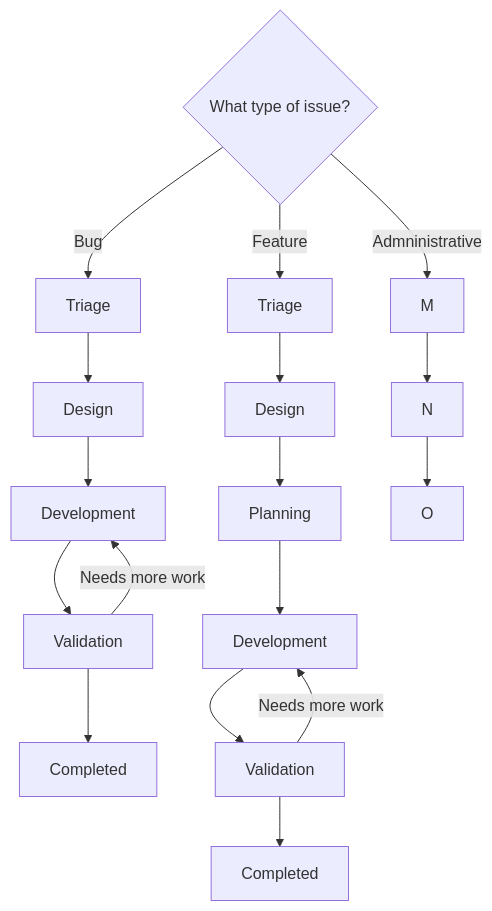
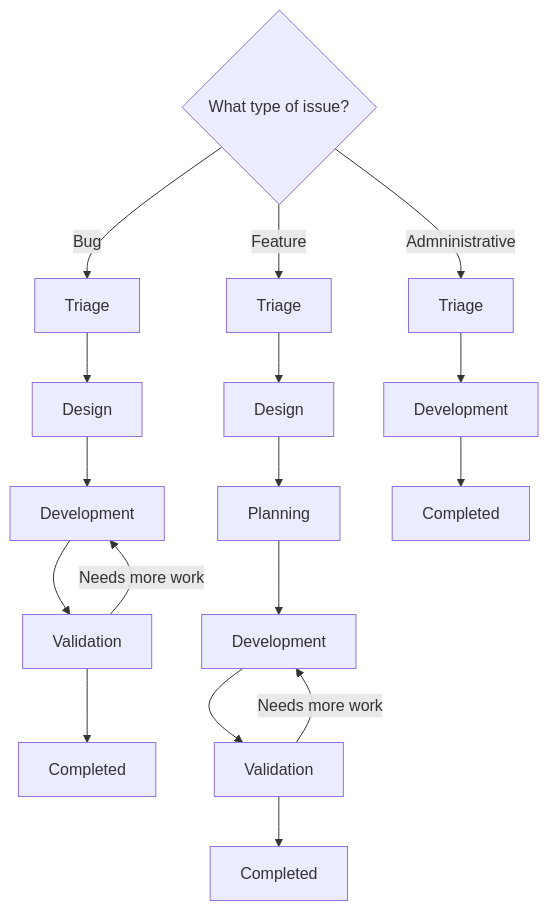
Before and after one commit to zalyoung/gitlab-handbook: the first of 3 diagrams in content/handbook/security/customer-support-operations/workflows/gitlab/working-issues.md, drawn with Mermaid.

Commit message:
Adding missing mermaid items

````diff
--- a/content/handbook/security/customer-support-operations/workflows/gitlab/working-issues.md
+++ b/content/handbook/security/customer-support-operations/workflows/gitlab/working-issues.md
@@ -19,31 +19,34 @@
 ```mermaid
 graph TD;
   A-->|Bug| B
   A-->|Feature| G
   A-->|Admninistrative| M
   B-->C
   C-->D
   D-->E
   E-->|Needs more work| D
   E-->F
   G-->H
   H-->I
   I-->J
   J-->K
   K-->|Needs more work| J
   K-->L
   M-->N
   N-->O
   A{What type of issue?}
   B[Triage]
   C[Design]
   D[Development]
   E[Validation]
   F[Completed]
   G[Triage]
   H[Design]
   I[Planning]
   J[Development]
   K[Validation]
   L[Completed]
+  M[Triage]
+  N[Development]
+  O[Completed]
 ```
````
